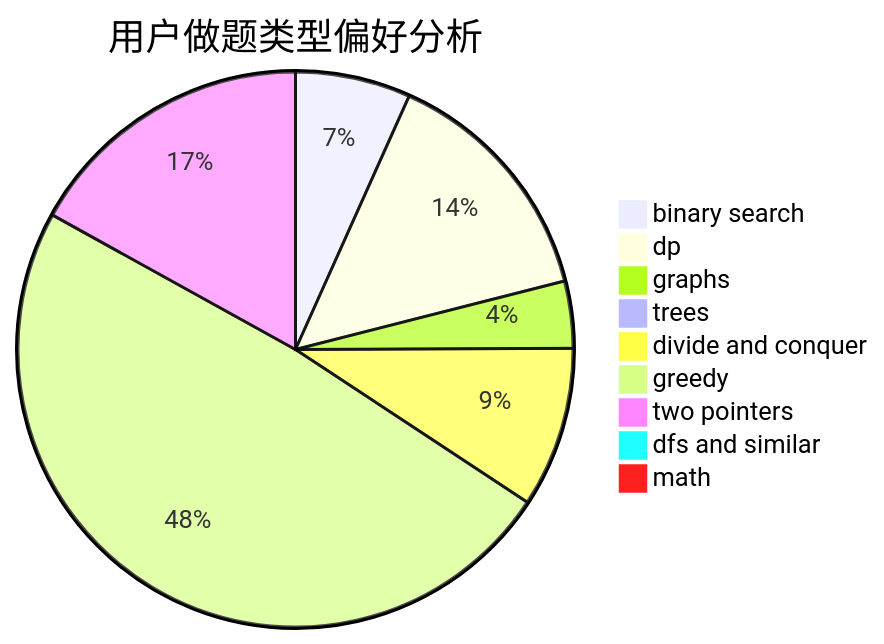
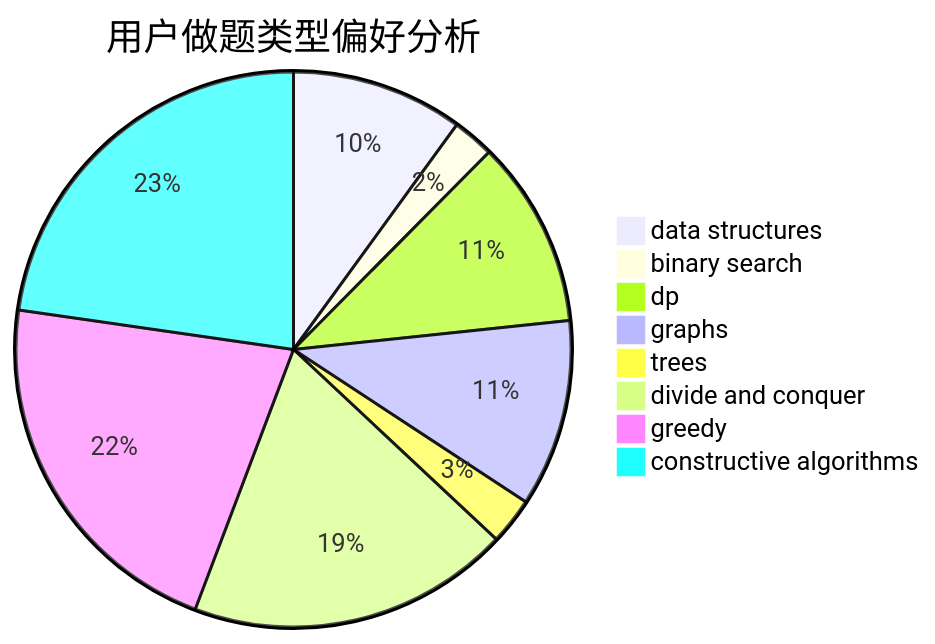
Before and after one commit to sherpahu/cfrs.github.io: the second of 3 diagrams in docs/user/u1977.md, drawn with Mermaid. The commit also changed other lines of this file and 2775 other files, not shown here.

````diff
--- a/docs/user/u1977.md
+++ b/docs/user/u1977.md
@@ -23,12 +23,11 @@
 ```mermaid
 pie title 用户做题类型偏好分析
-    "binary search" :  74
-    "dp" :  158
-    "graphs" :  43
+    "data structures" :  33
+    "binary search" :  8
+    "dp" :  36
+    "graphs" :  36
     "trees" :  9
-    "divide and conquer" :  103
-    "greedy" :  538
-    "two pointers" :  187
-    "dfs and similar" :  9
-    "math" :  9
+    "divide and conquer" :  62
+    "greedy" :  71
+    "constructive algorithms" :  75
 ```
````
